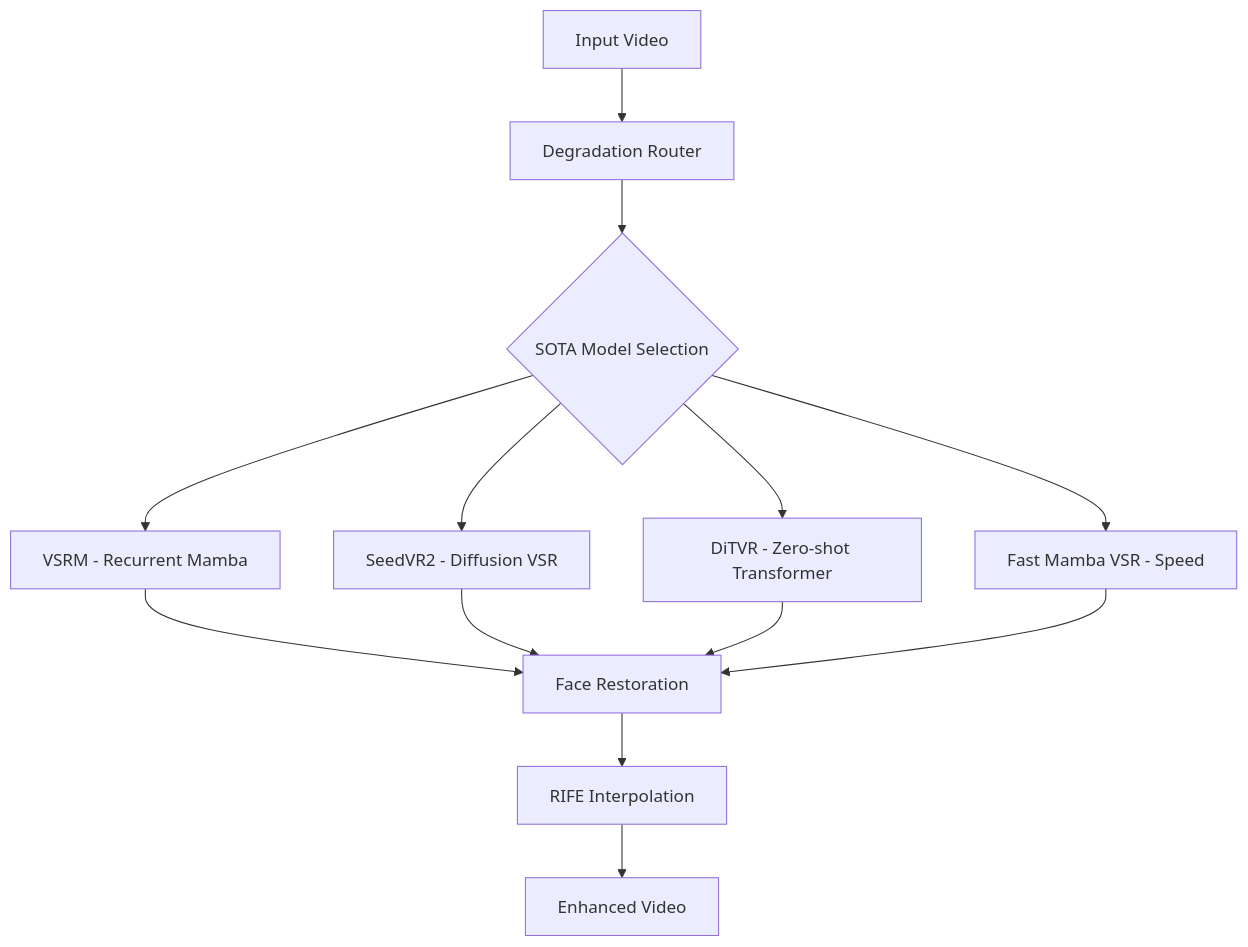
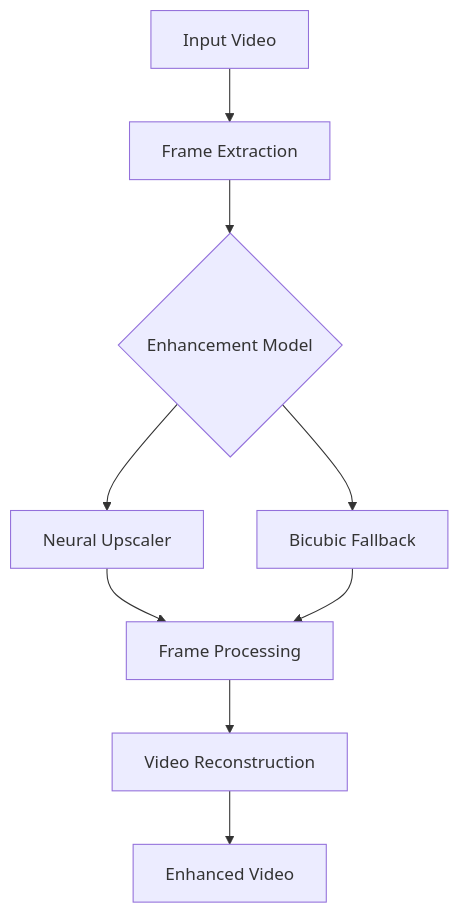
The diagram in README.md (mindburnlabs/video-enhancer-proto), drawn with Mermaid before and after one commit. The commit also changed other lines of this file, not shown here.

First line of the commit message:
fix: Configure HuggingFace Space for CPU deployment

````diff
--- a/README.md
+++ b/README.md
@@ -69,15 +57,11 @@
 ```mermaid
 graph TD
-    A[Input Video] --> B[Degradation Router]
-    B --> C{SOTA Model Selection}
-    C --> D[VSRM - Recurrent Mamba]
-    C --> E[SeedVR2 - Diffusion VSR]
-    C --> F[DiTVR - Zero-shot Transformer]
-    C --> G[Fast Mamba VSR - Speed]
-    D --> H[Face Restoration]
-    E --> H
-    F --> H
-    G --> H
-    H --> I[RIFE Interpolation]
-    I --> J[Enhanced Video]
+    A[Input Video] --> B[Frame Extraction]
+    B --> C{Enhancement Model}
+    C --> D[Neural Upscaler]
+    C --> E[Bicubic Fallback]
+    D --> F[Frame Processing]
+    E --> F
+    F --> G[Video Reconstruction]
+    G --> H[Enhanced Video]
 ```
````
